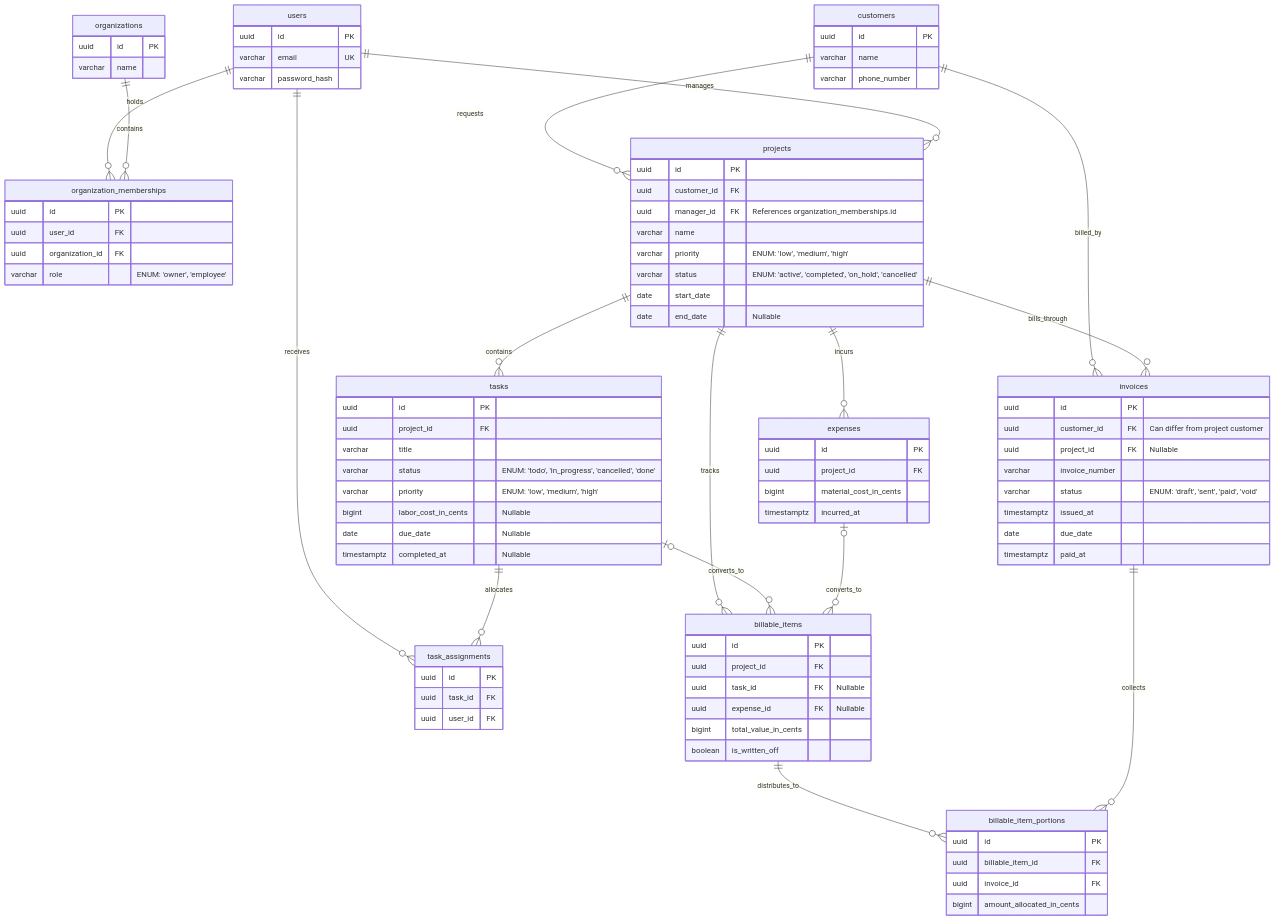
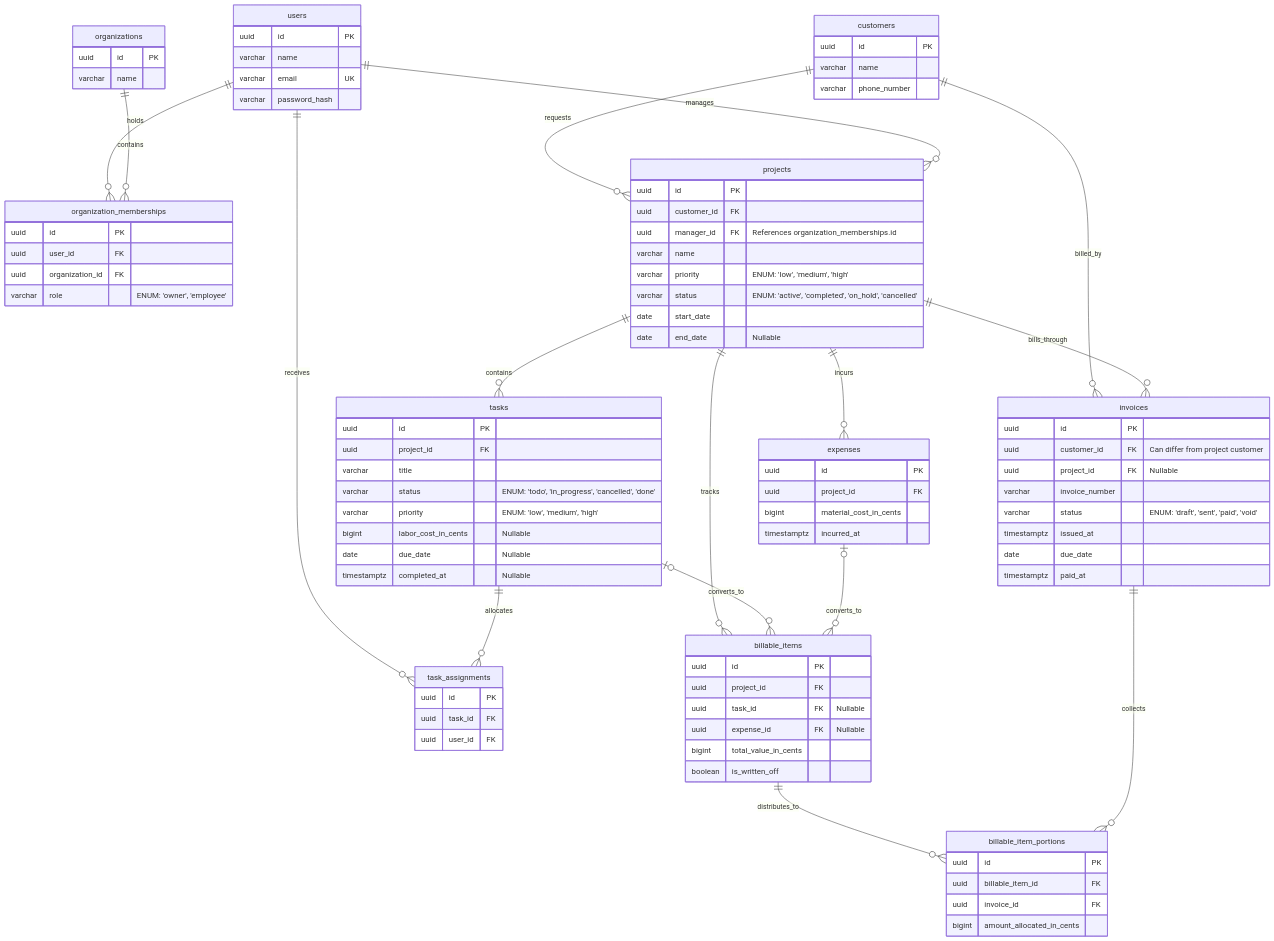
The diagram in docs/database.md (mauriciobarda/service-tenant-erp), drawn with Mermaid before and after one commit.

Commit message:
docs(database): add users.name to ERD

```diff
--- a/docs/database.md
+++ b/docs/database.md
@@ -30,6 +30,7 @@
 erDiagram
     users {
         uuid id PK
+        varchar name
         varchar email UK
         varchar password_hash
     }
```
